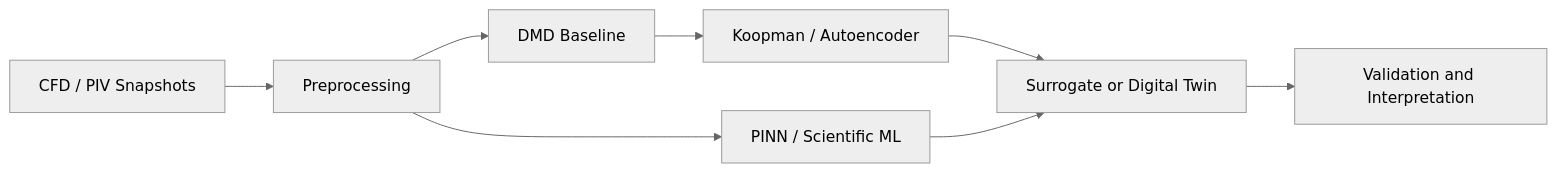
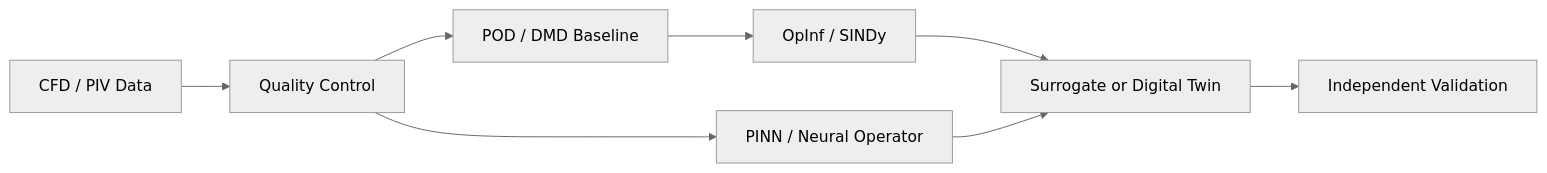
One commit to islam-md-didarul/mechanical-cfd-ai-research-hub changed the diagram in learning-paths/scientific-ai.md. Above: the diagram before and after it, drawn with Mermaid (neutral theme). The commit also changed other lines of this file and 20 other files, not shown here.

Commit message:
Expand CFD and scientific AI resource hub

````diff
--- a/learning-paths/scientific-ai.md
+++ b/learning-paths/scientific-ai.md
@@ -11,10 +9,10 @@
 ```mermaid
 flowchart LR
-    A["CFD / PIV Snapshots"] --> B["Preprocessing"]
-    B --> C["DMD Baseline"]
-    C --> D["Koopman / Autoencoder"]
-    B --> E["PINN / Scientific ML"]
+    A["CFD / PIV Data"] --> B["Quality Control"]
+    B --> C["POD / DMD Baseline"]
+    C --> D["OpInf / SINDy"]
+    B --> E["PINN / Neural Operator"]
     D --> F["Surrogate or Digital Twin"]
     E --> F
-    F --> G["Validation and Interpretation"]
+    F --> G["Independent Validation"]
 ```
````
